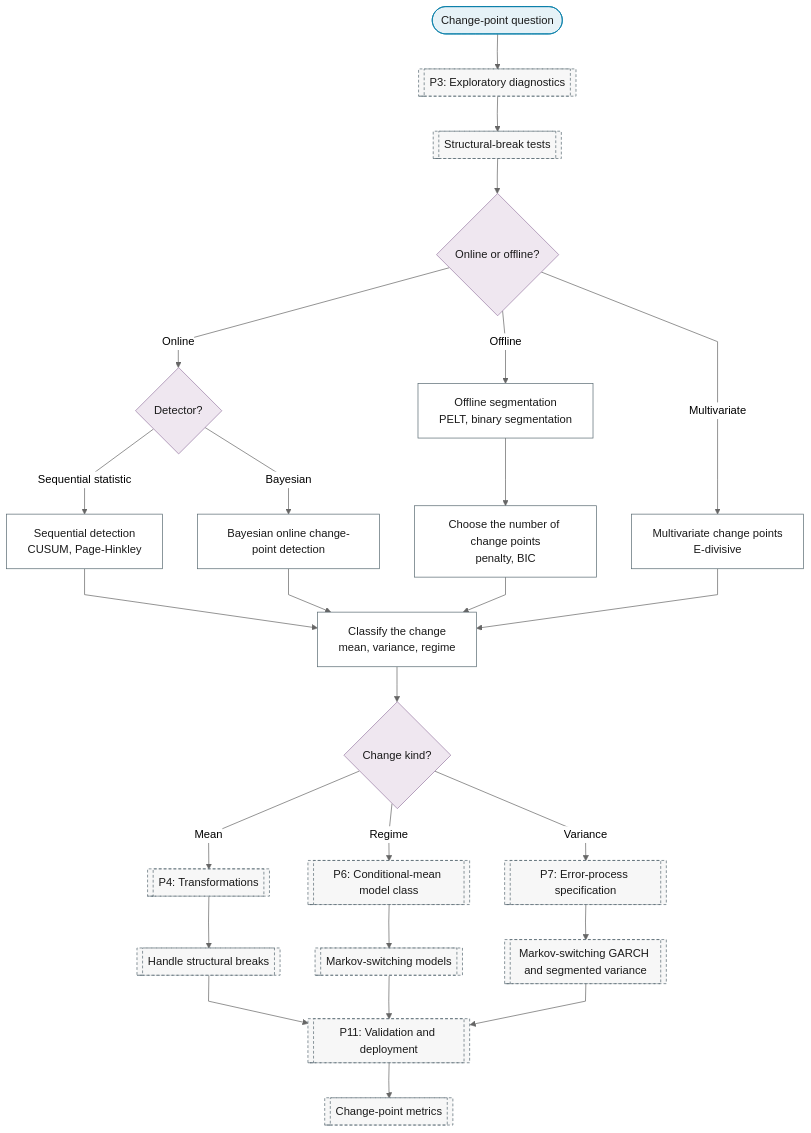
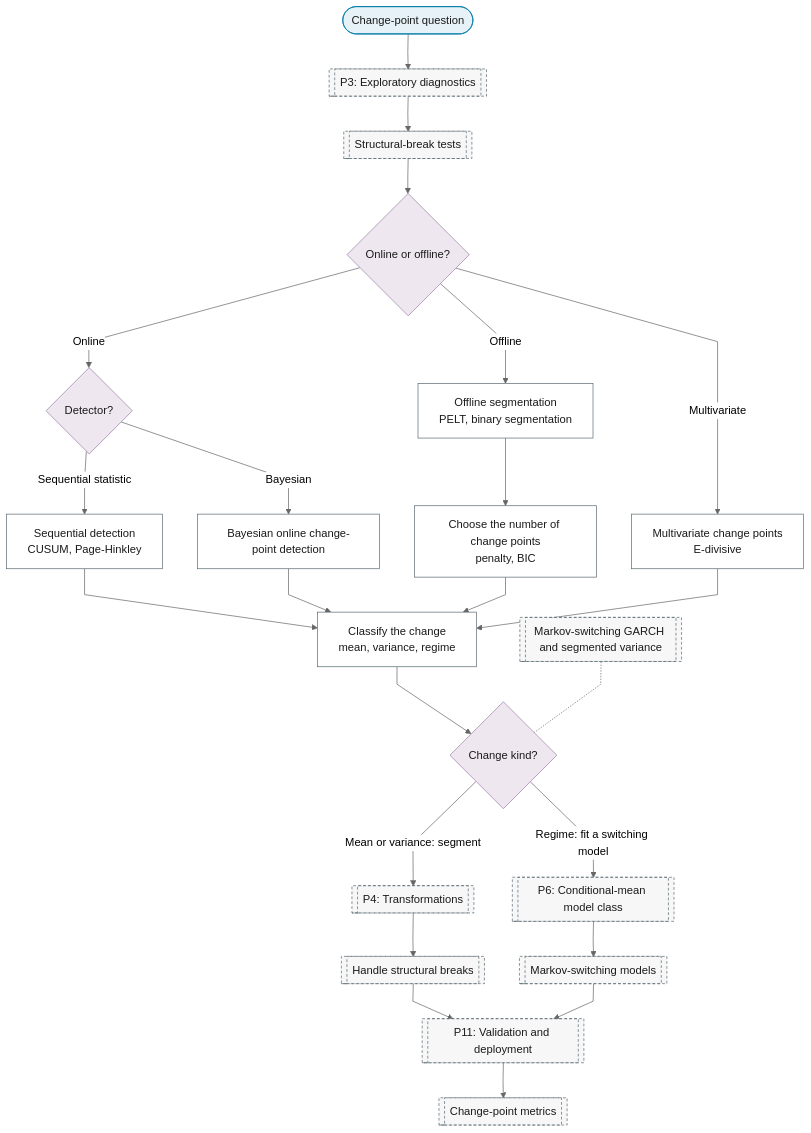
The diagram in docs/01-workflow/p02-purpose/04-change-point-detection.md (Shuxin-Y/time-series-analysis-manual), drawn with Mermaid (neutral theme) before and after one commit. The commit also changed 6 other files, not shown here.

First line of the commit message:
fix(flowchart): P6 asks whether a conditional-mean model is the deliverable; no-model paths skip P6 to P9 (rev1 R2-1)

````diff
--- a/docs/01-workflow/p02-purpose/04-change-point-detection.md
+++ b/docs/01-workflow/p02-purpose/04-change-point-detection.md
@@ -7,35 +7,34 @@
 ```mermaid
 %%{init: {"flowchart": {"curve": "linear"}}}%%
 graph TD
     P2_CP_IN(["Change-point question"]) --> P3[["P3: Exploratory diagnostics"]]
     P3 --> P3_STRUCTURAL_BREAKS[["Structural-break tests"]]
     P3_STRUCTURAL_BREAKS --> P2_CP_MODE{"Online or offline?"}
     P2_CP_MODE -->|"Online"| P2_CP_ONLINE{"Detector?"}
     P2_CP_MODE -->|"Offline"| P2_CP_PELT["Offline segmentation<br/>PELT, binary segmentation"]
     P2_CP_MODE -->|"Multivariate"| P2_CP_MULTIVARIATE["Multivariate change points<br/>E-divisive"]
     P2_CP_ONLINE -->|"Sequential statistic"| P2_CP_CUSUM["Sequential detection<br/>CUSUM, Page-Hinkley"]
     P2_CP_ONLINE -->|"Bayesian"| P2_CP_BOCPD["Bayesian online change-point detection"]
     P2_CP_PELT --> P2_CP_PENALTY["Choose the number of change points<br/>penalty, BIC"]
     P2_CP_CUSUM & P2_CP_BOCPD & P2_CP_PENALTY & P2_CP_MULTIVARIATE --> P2_CP_TYPE["Classify the change<br/>mean, variance, regime"]
     P2_CP_TYPE --> P2_CP_KIND{"Change kind?"}
-    P2_CP_KIND -->|"Mean"| P4[["P4: Transformations"]]
-    P2_CP_KIND -->|"Regime"| P6[["P6: Conditional-mean model class"]]
-    P2_CP_KIND -->|"Variance"| P7[["P7: Error-process specification"]]
+    P2_CP_KIND -->|"Mean or variance: segment"| P4[["P4: Transformations"]]
+    P2_CP_KIND -->|"Regime: fit a switching model"| P6[["P6: Conditional-mean model class"]]
+    P7_MS_GARCH[["Markov-switching GARCH and segmented variance"]] -.- P2_CP_KIND
     P4 --> P4_BREAK_HANDLING[["Handle structural breaks"]]
     P6 --> P6_MARKOV_SWITCHING[["Markov-switching models"]]
-    P7 --> P7_MS_GARCH[["Markov-switching GARCH and segmented variance"]]
-    P4_BREAK_HANDLING & P6_MARKOV_SWITCHING & P7_MS_GARCH --> P11[["P11: Validation and deployment"]]
+    P4_BREAK_HANDLING & P6_MARKOV_SWITCHING --> P11[["P11: Validation and deployment"]]
     P11 --> P11_CHANGE_POINT_METRICS[["Change-point metrics"]]
     class P2_CP_IN terminator
     class P2_CP_MODE,P2_CP_ONLINE,P2_CP_KIND decision
     class P2_CP_PELT,P2_CP_MULTIVARIATE,P2_CP_CUSUM,P2_CP_BOCPD,P2_CP_PENALTY,P2_CP_TYPE process
-    class P3,P3_STRUCTURAL_BREAKS,P4,P6,P7,P4_BREAK_HANDLING,P6_MARKOV_SWITCHING,P7_MS_GARCH,P11,P11_CHANGE_POINT_METRICS ref
+    class P3,P3_STRUCTURAL_BREAKS,P4,P6,P7_MS_GARCH,P4_BREAK_HANDLING,P6_MARKOV_SWITCHING,P11,P11_CHANGE_POINT_METRICS ref
     classDef terminator fill:#E6F2F7,stroke:#007BA7,color:#1A1A1A;
     classDef process fill:#FFFFFF,stroke:#5A6B73,color:#1A1A1A;
     classDef decision fill:#EFE7F0,stroke:#9B7FA7,color:#1A1A1A;
     classDef data fill:#FFF4E0,stroke:#C9A55E,color:#1A1A1A;
     classDef good fill:#DCEFD8,stroke:#4A7A3F,color:#1A1A1A;
     classDef escalate fill:#FFE9C2,stroke:#C9A55E,color:#1A1A1A;
     classDef problem fill:#F2D9DE,stroke:#800020,color:#1A1A1A;
     classDef ref fill:#F7F7F7,stroke:#5A6B73,color:#1A1A1A,stroke-dasharray:4 3;
 ```
````
